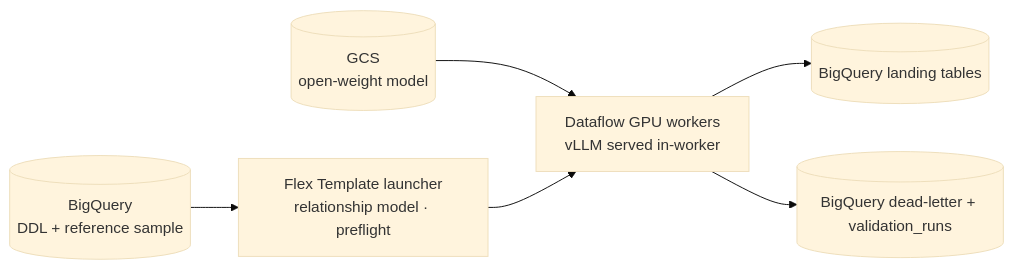
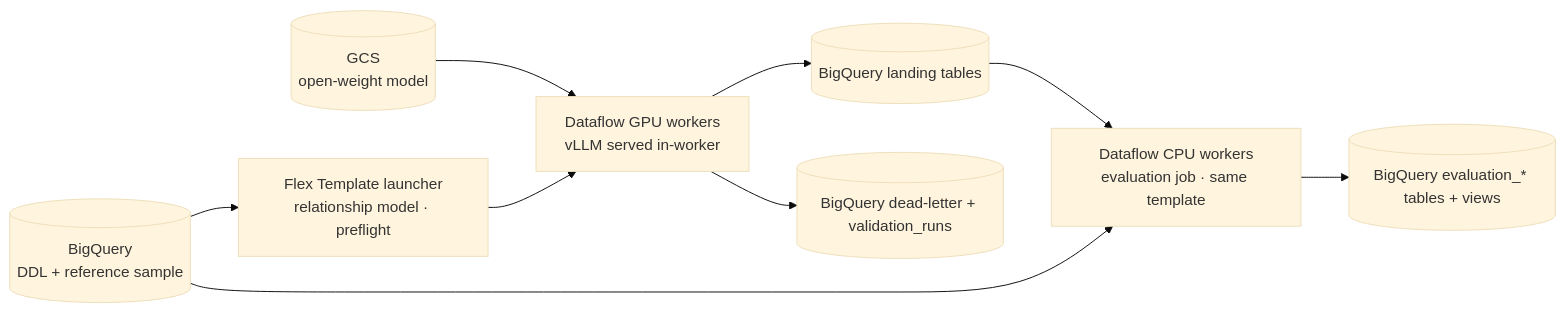
One commit to albertols/synthetic-llm-dataflow-bigquery changed the diagram in dsg/use_cases/Synthetic_Data_Generation.md. Above: the diagram before and after it, drawn with Mermaid (base theme). The commit also changed other lines of this file and 51 other files, not shown here.

First line of the commit message:
fix(evaluation): ship it in the DSG copy, one image and template, docs for a first reader (#33)

````diff
--- a/dsg/use_cases/Synthetic_Data_Generation.md
+++ b/dsg/use_cases/Synthetic_Data_Generation.md
@@ -20,8 +20,11 @@
 ```mermaid
 flowchart LR
   bq[(BigQuery<br/>DDL + reference sample)] --> launcher[Flex Template launcher<br/>relationship model · preflight]
   gcs[(GCS<br/>open-weight model)] --> workers
   launcher --> workers[Dataflow GPU workers<br/>vLLM served in-worker]
   workers --> landing[(BigQuery landing tables)]
   workers --> quality[(BigQuery dead-letter + validation_runs)]
+  landing --> evaluator[Dataflow CPU workers<br/>evaluation job · same template]
+  bq --> evaluator
+  evaluator --> evaluation[(BigQuery evaluation_* tables + views)]
 ```
````
